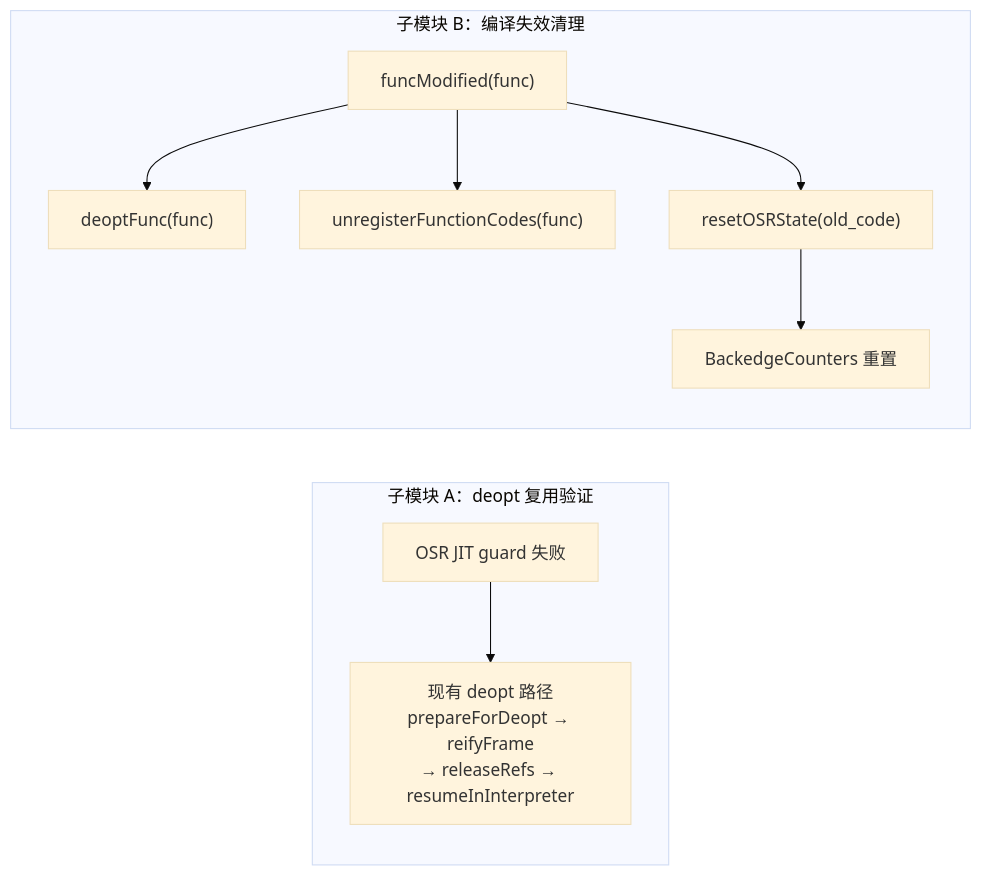
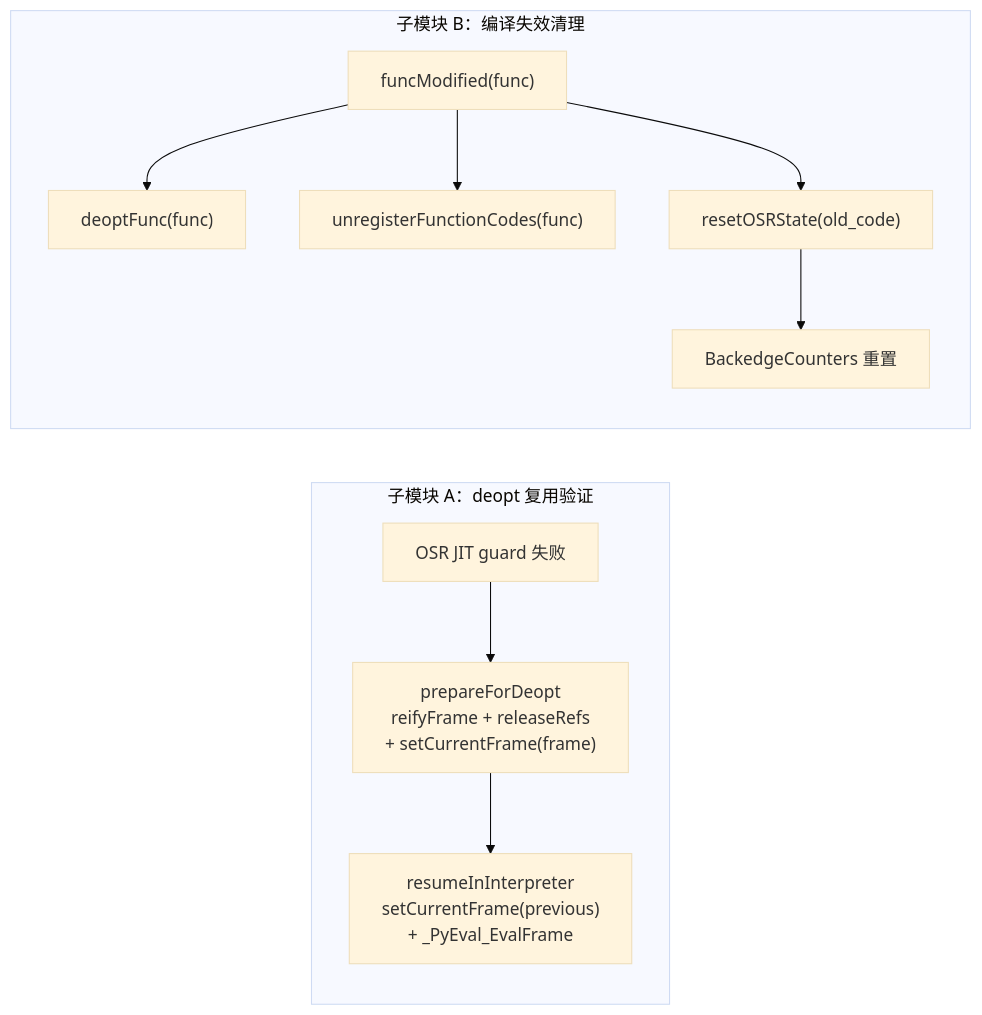
Before and after one commit to Cookie4Cat/cinderx-dev: the diagram in docs/design/hot-loop-osr/hot-loop-osr-exit-degrade-detailed-design.md, drawn with Mermaid (base theme). The commit also changed other lines of this file and 1 other file, not shown here.

````diff
--- a/docs/design/hot-loop-osr/hot-loop-osr-exit-degrade-detailed-design.md
+++ b/docs/design/hot-loop-osr/hot-loop-osr-exit-degrade-detailed-design.md
@@ -290,15 +299,16 @@
 ```mermaid
 flowchart LR
     subgraph "子模块 A：deopt 复用验证"
         T["OSR JIT guard 失败"]
-        T --> D["现有 deopt 路径<br/>prepareForDeopt → reifyFrame<br/>→ releaseRefs → resumeInInterpreter"]
+        T --> PFD["prepareForDeopt<br/>reifyFrame + releaseRefs<br/>+ setCurrentFrame(frame)"]
+        PFD --> RI["resumeInInterpreter<br/>setCurrentFrame(previous)<br/>+ _PyEval_EvalFrame"]
     end
 
     subgraph "子模块 B：编译失效清理"
         FM["funcModified(func)"]
         FM --> DF["deoptFunc(func)"]
         FM --> UF["unregisterFunctionCodes(func)"]
         FM --> RS["resetOSRState(old_code)"]
         RS --> BC["BackedgeCounters 重置"]
     end
 ```
````
